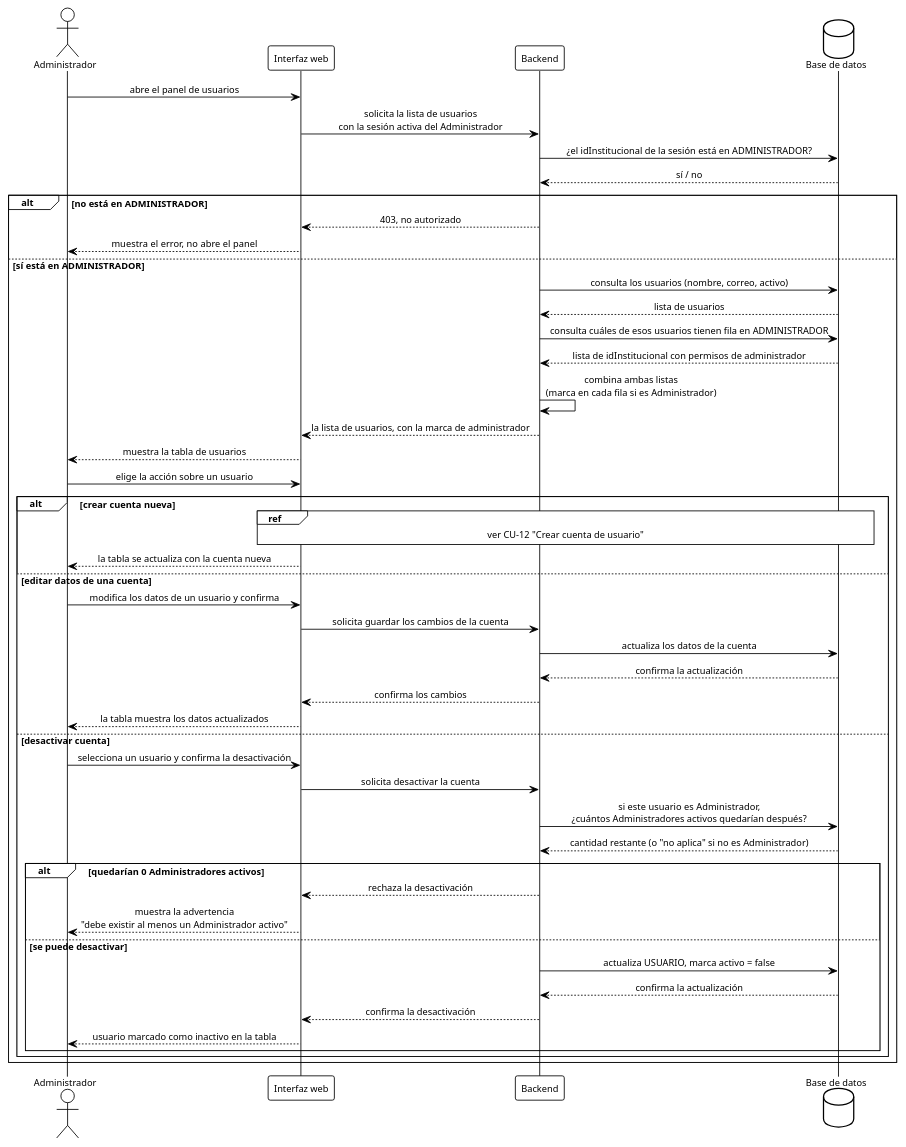
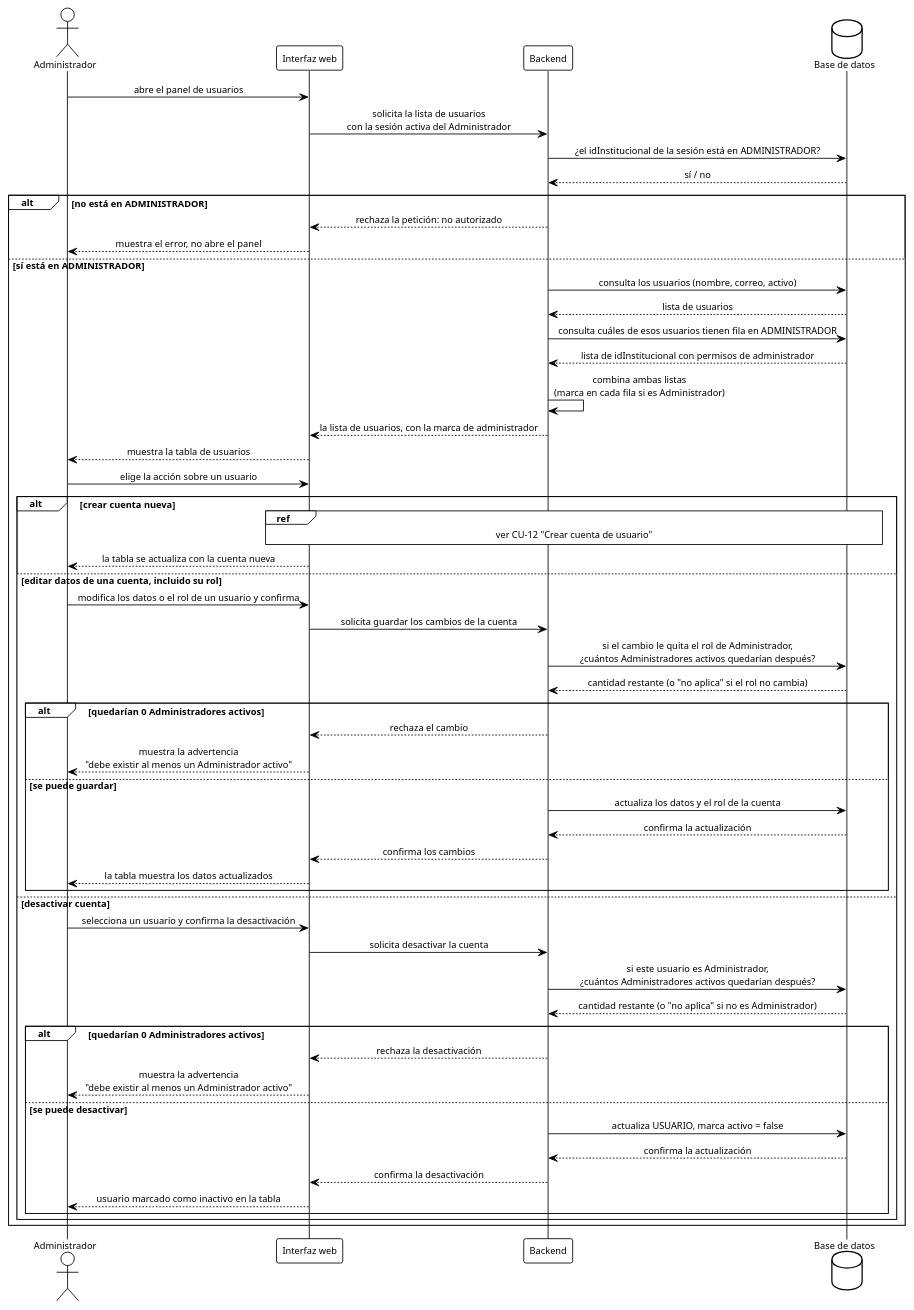
Before and after one commit to ErickJester/fst-ai-system-latex: the diagram in diagramas/seq_gestion_usuarios.puml, drawn with PlantUML. The commit also changed 33 other files, not shown here.

```diff
--- a/diagramas/seq_gestion_usuarios.puml
+++ b/diagramas/seq_gestion_usuarios.puml
@@ -1,100 +1,109 @@
 @startuml seq_gestion_usuarios
 ' ================================================================
 '  Secuencia - Gestion de usuarios: listar y desactivar (CU-11),
 '  con verificacion de rol (D-12) y regla del ultimo administrador
 '  Base de datos FST | TT 2026-B066 | ESCOM-IPN
 '  Frausto Robles Angel Ali . Rodriguez Verdin Sandoval Vanesa
 ' ----------------------------------------------------------------
 '  Reemplaza a diagramas/seq_gestion_usuarios.png. Ese diagrama
 '  viejo hacia "SELECT usuarios (rol, activo, nombre)" - USUARIO no
 '  tiene columna rol (D-08: ADMINISTRADOR es tabla aparte, no un
 '  valor de columna). Es el mismo hueco que marcaba
 '  COMPARATIVA-FIGURAS-CAP5.md para esta figura.
 '
 '  Cubre CU-11 "Gestionar cuenta de investigador" (RF-05, RF-06,
 '  RF-07). CU-11 declara <<include>> de CU-12 para la parte de
 '  crear cuenta (chapters/05_diseno.tex:920) - por eso ese tramo se
 '  referencia con "ref over" en vez de repetirse: ya tiene su
 '  propio diagrama, diagramas/seq_crear_cuenta.puml. Copiar los
 '  mismos pasos aqui otra vez es el riesgo que ya se discutio en
 '  sesion: dos diagramas describiendo el mismo tramo pueden
 '  desincronizarse con el tiempo.
 '
 '  El viejo tampoco verificaba el rol de quien pide la accion
 '  (D-12) ni la regla de "debe existir al menos un Administrador
 '  activo en todo momento" que ya esta escrita en
 '  chapters/05_diseno.tex:1697 (curso alterno 4a de CU-11) pero
 '  nunca se habia dibujado. Los dos se agregan aqui.
 '
 '  Generar:
 '      java -jar plantuml.jar -tpng diagramas/seq_gestion_usuarios.puml
 ' ================================================================
 
 !theme plain
 skinparam defaultFontName Arial
 skinparam defaultFontSize 11
 skinparam shadowing false
 skinparam sequenceMessageAlign center
 skinparam BoxPadding 10
 
 actor Administrador as admin
 participant "Interfaz web" as ui
 participant Backend as api
 database "Base de datos" as db
 
 admin -> ui: abre el panel de usuarios
 ui -> api: solicita la lista de usuarios\ncon la sesión activa del Administrador
 
 api -> db: ¿el idInstitucional de la sesión está en ADMINISTRADOR?
 db --> api: sí / no
 
 alt no está en ADMINISTRADOR
-  api --> ui: 403, no autorizado
+  api --> ui: rechaza la petición: no autorizado
   ui --> admin: muestra el error, no abre el panel
 else sí está en ADMINISTRADOR
   api -> db: consulta los usuarios (nombre, correo, activo)
   db --> api: lista de usuarios
   api -> db: consulta cuáles de esos usuarios tienen fila en ADMINISTRADOR
   db --> api: lista de idInstitucional con permisos de administrador
   api -> api: combina ambas listas\n(marca en cada fila si es Administrador)
   api --> ui: la lista de usuarios, con la marca de administrador
   ui --> admin: muestra la tabla de usuarios
 
   admin -> ui: elige la acción sobre un usuario
 
   alt crear cuenta nueva
     ref over ui, api, db
       ver CU-12 "Crear cuenta de usuario"
     end ref
     ui --> admin: la tabla se actualiza con la cuenta nueva
 
-  else editar datos de una cuenta
+  else editar datos de una cuenta, incluido su rol
 
-    admin -> ui: modifica los datos de un usuario y confirma
+    admin -> ui: modifica los datos o el rol de un usuario y confirma
     ui -> api: solicita guardar los cambios de la cuenta
-    api -> db: actualiza los datos de la cuenta
-    db --> api: confirma la actualización
-    api --> ui: confirma los cambios
-    ui --> admin: la tabla muestra los datos actualizados
+
+    api -> db: si el cambio le quita el rol de Administrador,\n¿cuántos Administradores activos quedarían después?
+    db --> api: cantidad restante (o "no aplica" si el rol no cambia)
+
+    alt quedarían 0 Administradores activos
+      api --> ui: rechaza el cambio
+      ui --> admin: muestra la advertencia\n"debe existir al menos un Administrador activo"
+    else se puede guardar
+      api -> db: actualiza los datos y el rol de la cuenta
+      db --> api: confirma la actualización
+      api --> ui: confirma los cambios
+      ui --> admin: la tabla muestra los datos actualizados
+    end
 
   else desactivar cuenta
 
     admin -> ui: selecciona un usuario y confirma la desactivación
     ui -> api: solicita desactivar la cuenta
 
     api -> db: si este usuario es Administrador,\n¿cuántos Administradores activos quedarían después?
     db --> api: cantidad restante (o "no aplica" si no es Administrador)
 
     alt quedarían 0 Administradores activos
       api --> ui: rechaza la desactivación
       ui --> admin: muestra la advertencia\n"debe existir al menos un Administrador activo"
     else se puede desactivar
       api -> db: actualiza USUARIO, marca activo = false
       db --> api: confirma la actualización
       api --> ui: confirma la desactivación
       ui --> admin: usuario marcado como inactivo en la tabla
     end
   end
 end
 
 @enduml
```
